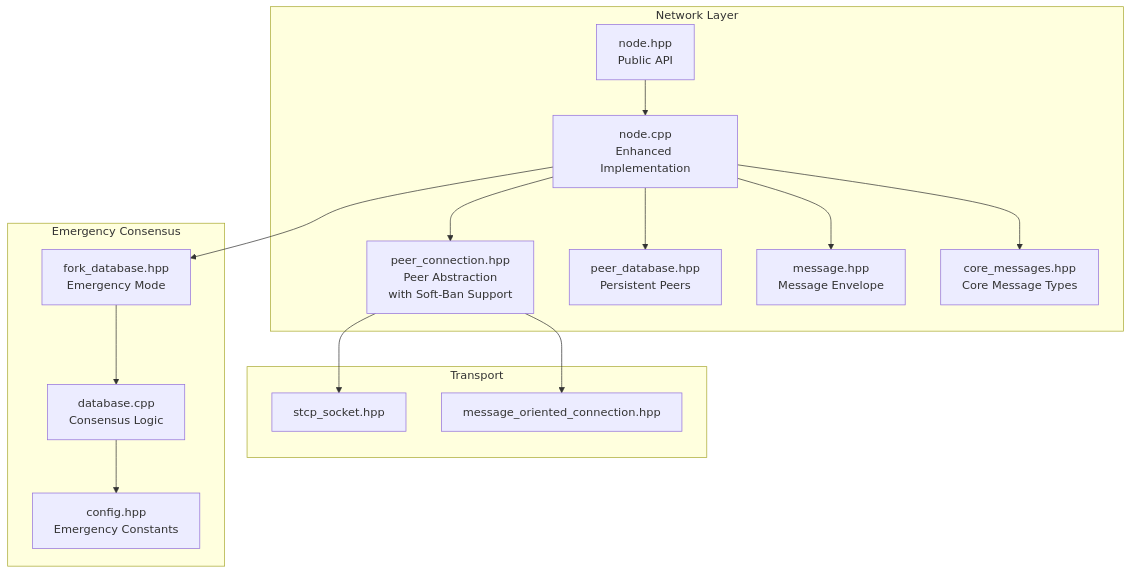
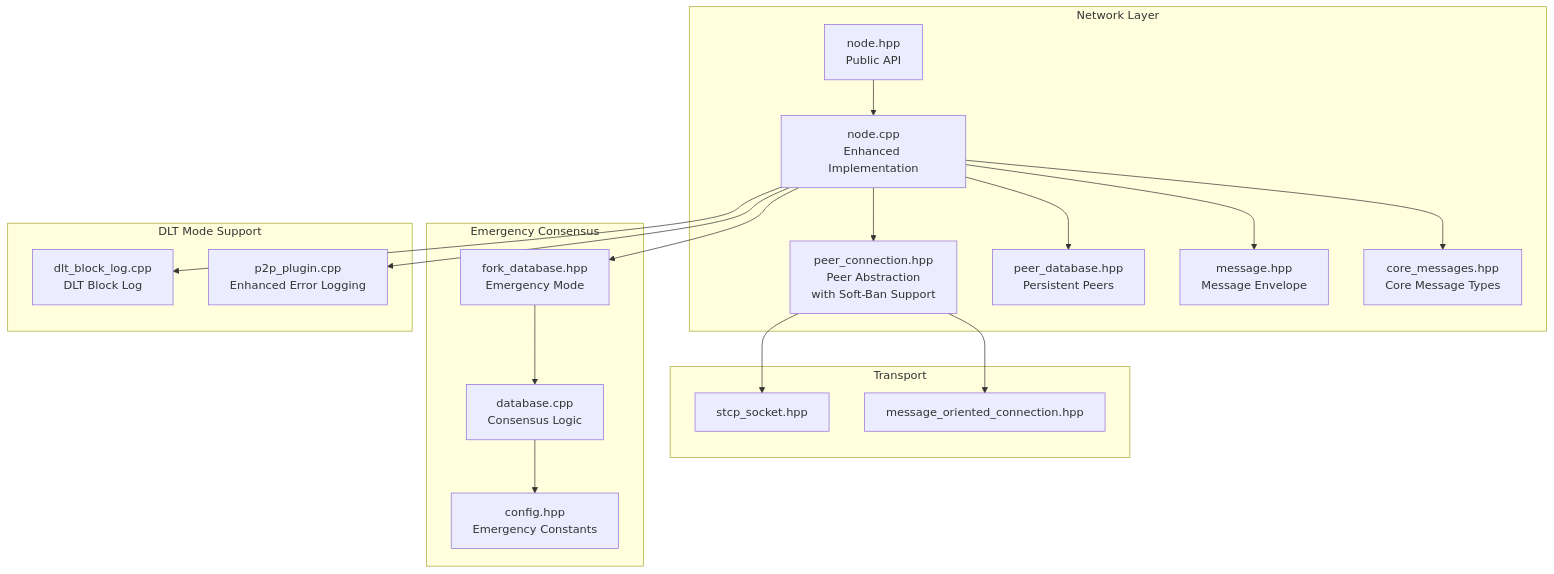
One commit to VIZ-Blockchain/viz-cpp-node changed the first of 14 diagrams in .qoder/repowiki/en/content/Architecture Overview/Core Libraries/Network Library/Node Management.md. Above: the diagram before and after it, drawn with Mermaid. The commit also changed other lines of this file and 4 other files, not shown here.

First line of the commit message:
feat(dlt_block_log): add comprehensive block range management and enhanced P2P sync

````diff
--- a/.qoder/repowiki/en/content/Architecture Overview/Core Libraries/Network Library/Node Management.md
+++ b/.qoder/repowiki/en/content/Architecture Overview/Core Libraries/Network Library/Node Management.md
@@ -55,30 +59,36 @@
 ```mermaid
 graph TB
 subgraph "Network Layer"
 N["node.hpp<br/>Public API"]
 NI["node.cpp<br/>Enhanced Implementation"]
 PC["peer_connection.hpp<br/>Peer Abstraction<br/>with Soft-Ban Support"]
 PD["peer_database.hpp<br/>Persistent Peers"]
 MSG["message.hpp<br/>Message Envelope"]
 CM["core_messages.hpp<br/>Core Message Types"]
 end
 subgraph "Transport"
 STCP["stcp_socket.hpp"]
 MOC["message_oriented_connection.hpp"]
 end
 subgraph "Emergency Consensus"
 FD["fork_database.hpp<br/>Emergency Mode"]
 DBC["database.cpp<br/>Consensus Logic"]
 CFG["config.hpp<br/>Emergency Constants"]
 end
+subgraph "DLT Mode Support"
+DLP["dlt_block_log.cpp<br/>DLT Block Log"]
+P2P["p2p_plugin.cpp<br/>Enhanced Error Logging"]
+end
 N --> NI
 NI --> PC
 NI --> PD
 NI --> MSG
 NI --> CM
 PC --> STCP
 PC --> MOC
 NI --> FD
 FD --> DBC
 DBC --> CFG
+NI --> DLP
+NI --> P2P
 ```
````
